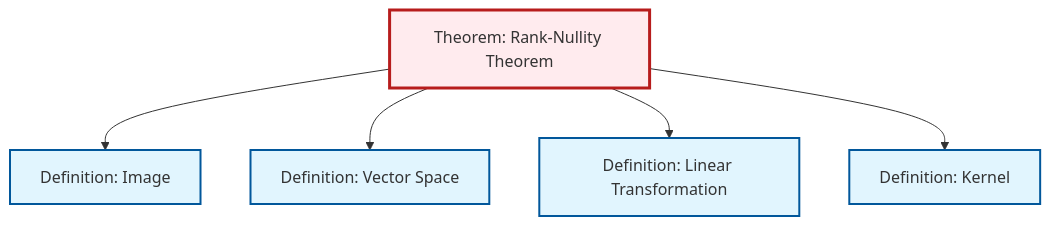
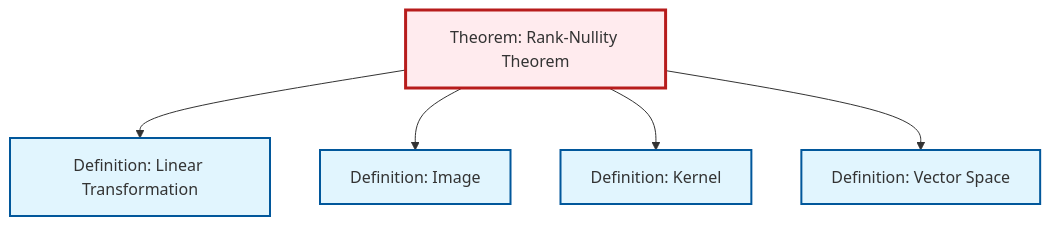
Before and after one commit to RK0429/ModernMath: the diagram in content/en/algebra/thm-rank-nullity.qmd, drawn with Mermaid. The commit also changed other lines of this file and 491 other files, not shown here.

````diff
--- a/content/en/algebra/thm-rank-nullity.qmd
+++ b/content/en/algebra/thm-rank-nullity.qmd
@@ -55,23 +55,23 @@
 ```{mermaid}
 %%| fig-cap: "Local dependency graph"
 graph TD
     classDef definition fill:#e1f5fe,stroke:#01579b,stroke-width:2px
     classDef theorem fill:#f3e5f5,stroke:#4a148c,stroke-width:2px
     classDef axiom fill:#fff3e0,stroke:#e65100,stroke-width:2px
     classDef example fill:#e8f5e9,stroke:#1b5e20,stroke-width:2px
     classDef current fill:#ffebee,stroke:#b71c1c,stroke-width:3px
+    def-kernel["Definition: Kernel"]:::definition
+    def-linear-transformation["Definition: Linear Transformation"]:::definition
+    def-vector-space["Definition: Vector Space"]:::definition
+    thm-rank-nullity["Theorem: Rank-Nullity Theorem"]:::theorem
     def-image["Definition: Image"]:::definition
-    def-linear-transformation["Definition: Linear Transformation"]:::definition
-    def-kernel["Definition: Kernel"]:::definition
-    thm-rank-nullity["Theorem: Rank-Nullity Theorem"]:::theorem
-    def-vector-space["Definition: Vector Space"]:::definition
+    thm-rank-nullity --> def-linear-transformation
     thm-rank-nullity --> def-image
+    thm-rank-nullity --> def-kernel
     thm-rank-nullity --> def-vector-space
-    thm-rank-nullity --> def-linear-transformation
-    thm-rank-nullity --> def-kernel
     class thm-rank-nullity current
+    click def-kernel "def-kernel.html" "Go to Kernel definition"
+    click def-linear-transformation "def-linear-transformation.html" "Go to Linear Transformation definition"
+    click def-vector-space "def-vector-space.html" "Go to Vector Space definition"
     click def-image "def-image.html" "Go to Image definition"
-    click def-linear-transformation "def-linear-transformation.html" "Go to Linear Transformation definition"
-    click def-kernel "def-kernel.html" "Go to Kernel definition"
-    click def-vector-space "def-vector-space.html" "Go to Vector Space definition"
 ```
````
